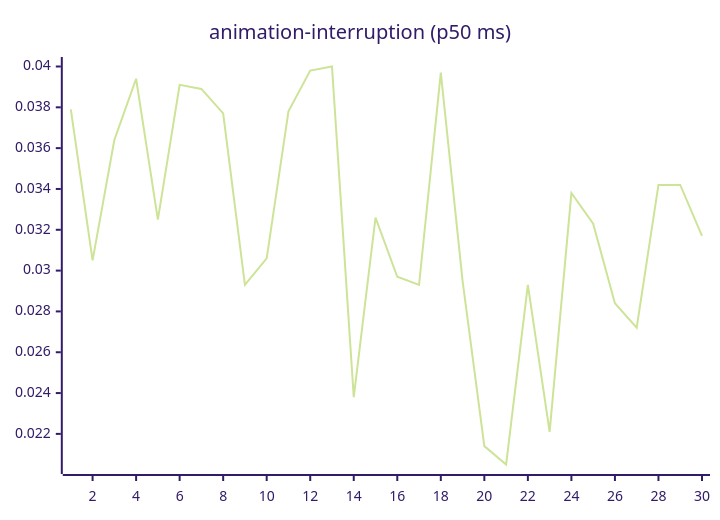
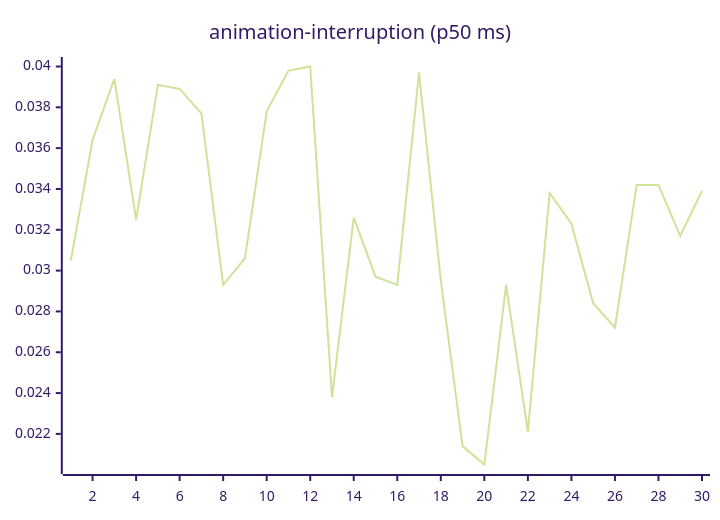
Before and after one commit to josha/Facet: the third of 27 diagrams in README.md, drawn with Mermaid (forest theme). The commit also changed other lines of this file and 2 other files, not shown here.

````diff
--- a/README.md
+++ b/README.md
@@ -77,6 +77,6 @@
 ```mermaid
 xychart-beta
     title "animation-interruption (p50 ms)"
     x-axis 1 --> 30
-    line [0.0379, 0.0305, 0.0364, 0.0394, 0.0325, 0.0391, 0.0389, 0.0377, 0.0293, 0.0306, 0.0378, 0.0398, 0.0400, 0.0238, 0.0326, 0.0297, 0.0293, 0.0397, 0.0295, 0.0214, 0.0205, 0.0293, 0.0221, 0.0338, 0.0323, 0.0284, 0.0272, 0.0342, 0.0342, 0.0317]
+    line [0.0305, 0.0364, 0.0394, 0.0325, 0.0391, 0.0389, 0.0377, 0.0293, 0.0306, 0.0378, 0.0398, 0.0400, 0.0238, 0.0326, 0.0297, 0.0293, 0.0397, 0.0295, 0.0214, 0.0205, 0.0293, 0.0221, 0.0338, 0.0323, 0.0284, 0.0272, 0.0342, 0.0342, 0.0317, 0.0339]
 ```
````
